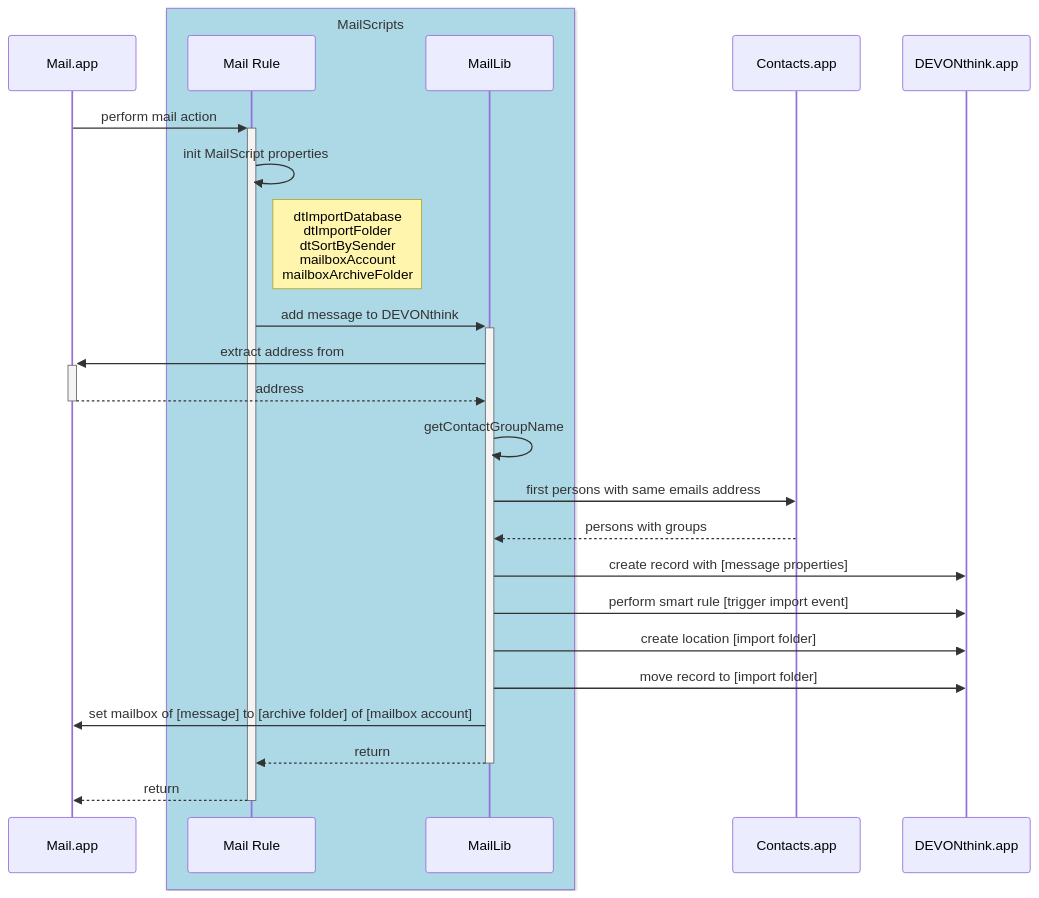
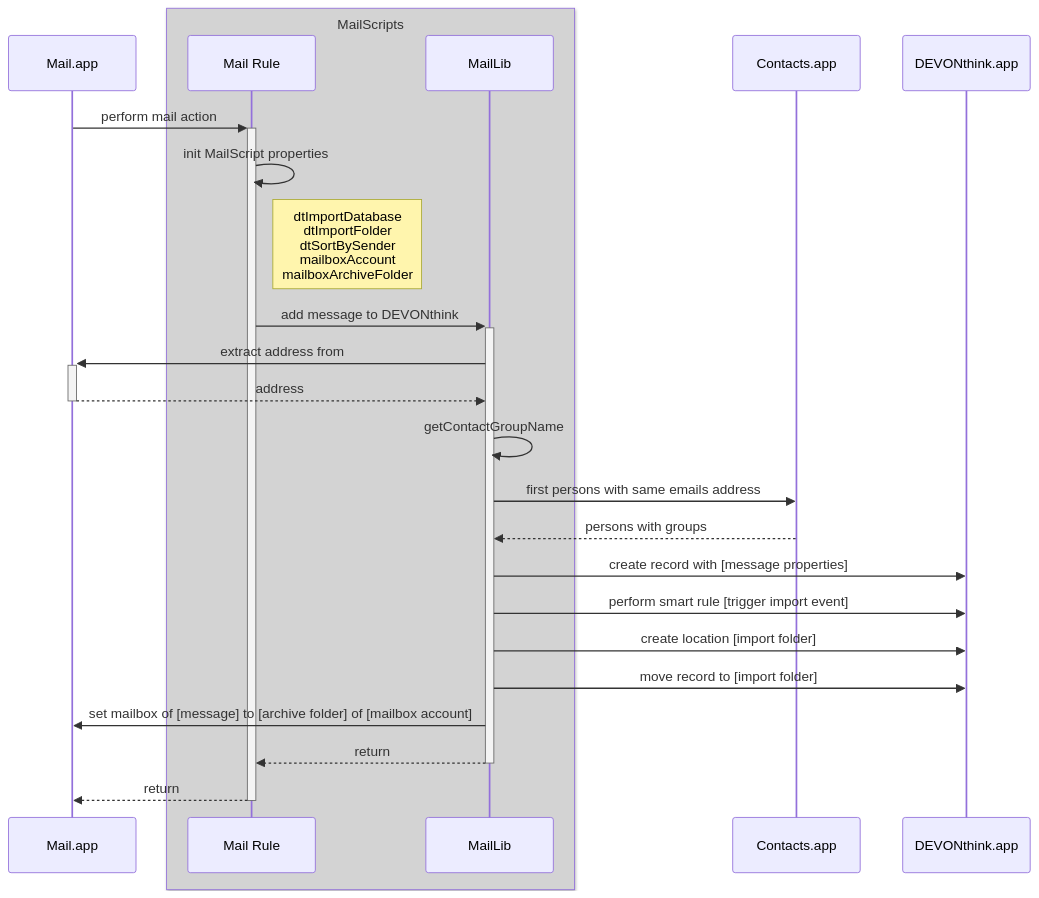
Before and after one commit to s17n/MailScripts: the diagram in Docs/import-email-doc.md, drawn with Mermaid. The commit also changed other lines of this file, not shown here.

Commit message:
Some tests

````diff
--- a/Docs/import-email-doc.md
+++ b/Docs/import-email-doc.md
@@ -18,28 +18,28 @@
 ```mermaid 
 sequenceDiagram
 	participant M as Mail.app
-	box lightblue MailScripts
+	box lightgray MailScripts
 	    participant MR as Mail Rule
     		participant ML as MailLib 
 	end
 	participant C as Contacts.app
     participant D as DEVONthink.app
 	
 	M->>+MR: perform mail action
 	MR->>MR: init MailScript properties
 	Note right of MR: dtImportDatabase <br/> dtImportFolder <br/> dtSortBySender <br/> mailboxAccount <br/> mailboxArchiveFolder
 	MR->>+ML: add message to DEVONthink
 	ML->>+M: extract address from
 	M-->>-ML: address
 	ML->>ML: getContactGroupName
 	ML->>C: first persons with same emails address
 	C-->>ML: persons with groups
 	ML->>D: create record with [message properties]
 	ML->>D: perform smart rule [trigger import event]
 	ML->>D: create location [import folder]
 	ML->>D: move record to [import folder]
 	ML->>M: set mailbox of [message] to [archive folder] of [mailbox account]
 	ML-->>-MR: return
 	MR-->>-M: return
 	
 ```
````
